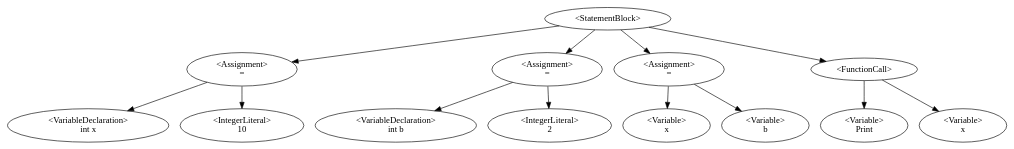
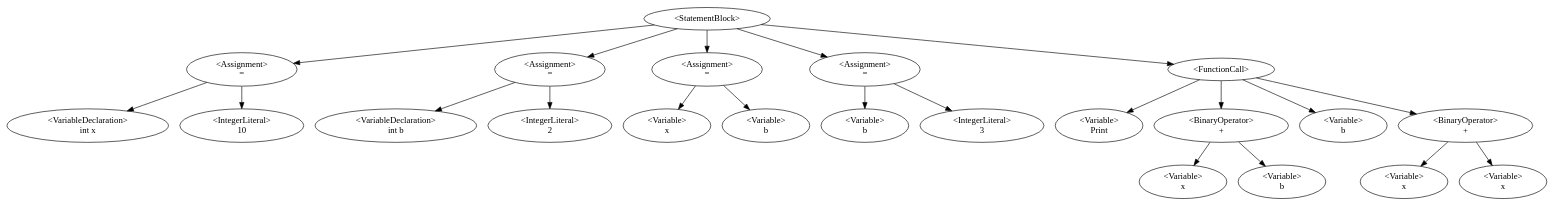
Before and after one commit to QazmoQwerty/dino: the diagram in Dino/Dino/AstDisplay.gv, drawn with Graphviz. The commit also changed 3 other files, not shown here.

```diff
--- a/Dino/Dino/AstDisplay.gv
+++ b/Dino/Dino/AstDisplay.gv
@@ -1,15 +1,24 @@
 digraph G {
-0 [label="<StatementBlock>"];0->2;0->5;0->8;0->11;
+0 [label="<StatementBlock>"];0->2;0->5;0->8;0->11;0->14;
 2 [label="<Assignment>\n="];2->1;2->3;
 1 [label="<VariableDeclaration>\nint x"];
 3 [label="<IntegerLiteral>\n10"];
 5 [label="<Assignment>\n="];5->4;5->6;
 4 [label="<VariableDeclaration>\nint b"];
 6 [label="<IntegerLiteral>\n2"];
 8 [label="<Assignment>\n="];8->7;8->9;
 7 [label="<Variable>\nx"];
 9 [label="<Variable>\nb"];
-11 [label="<FunctionCall>\n"];11->10;11->12;
-10 [label="<Variable>\nPrint"];
-12 [label="<Variable>\nx"];
+11 [label="<Assignment>\n="];11->10;11->12;
+10 [label="<Variable>\nb"];
+12 [label="<IntegerLiteral>\n3"];
+14 [label="<FunctionCall>\n"];14->13;14->16;14->18;14->20;
+13 [label="<Variable>\nPrint"];
+16 [label="<BinaryOperator>\n+"];16->15;16->17;
+15 [label="<Variable>\nx"];
+17 [label="<Variable>\nb"];
+18 [label="<Variable>\nb"];
+20 [label="<BinaryOperator>\n+"];20->19;20->21;
+19 [label="<Variable>\nx"];
+21 [label="<Variable>\nx"];
 }
```
